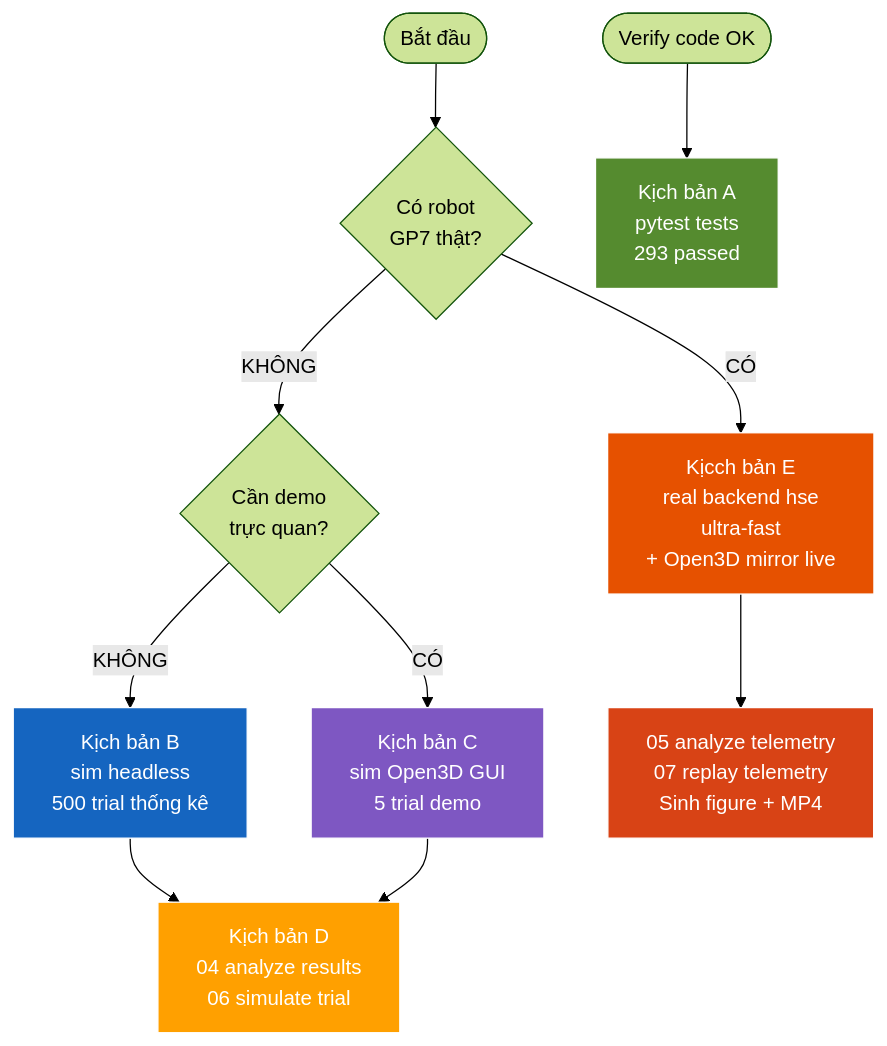
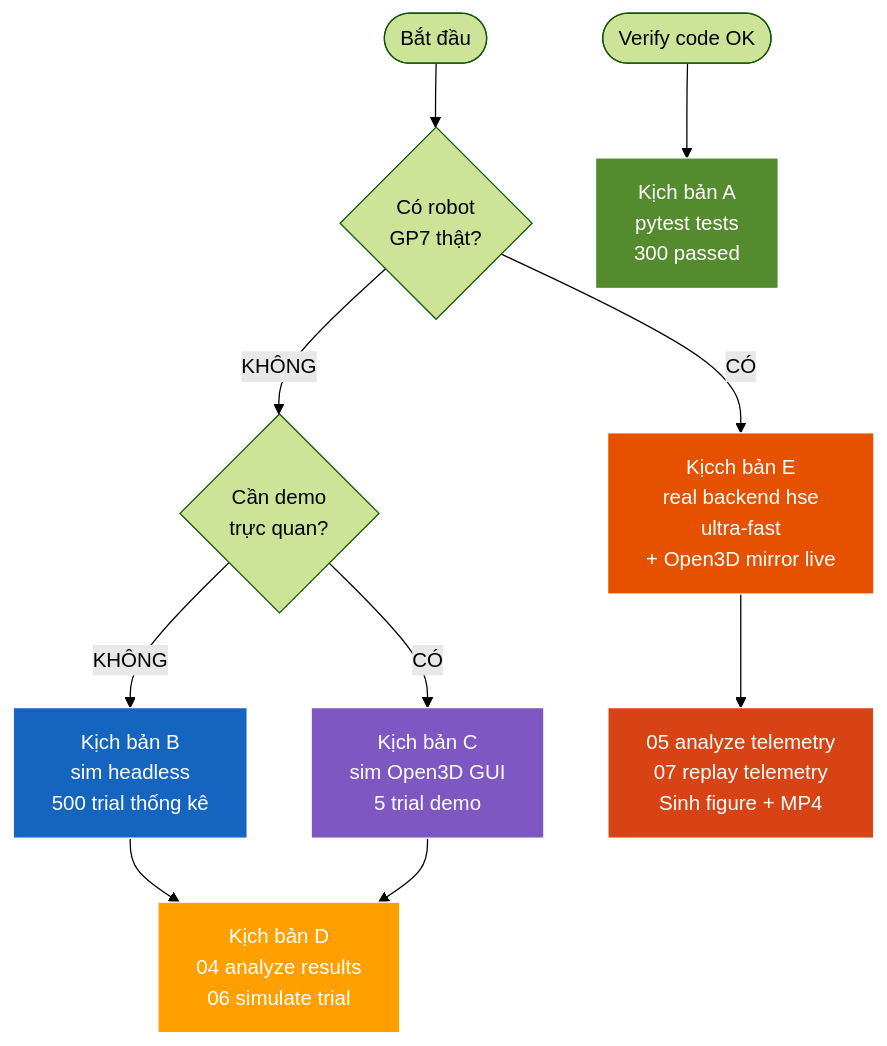
The first of 3 diagrams in docs/HUONG_DAN_SU_DUNG.md (manhhv87/DTwinGP7), drawn with Mermaid (forest theme) before and after one commit. The commit also changed other lines of this file and 45 other files, not shown here.

````diff
--- a/docs/HUONG_DAN_SU_DUNG.md
+++ b/docs/HUONG_DAN_SU_DUNG.md
@@ -67,19 +69,19 @@
 ```mermaid
 flowchart TB
     START([Bắt đầu]) --> Q1{Có robot<br/>GP7 thật?}
     Q1 -->|KHÔNG| Q2{Cần demo<br/>trực quan?}
     Q1 -->|CÓ| E[Kịcch bản E<br/>real backend hse<br/>ultra-fast<br/>+ Open3D mirror live]
     Q2 -->|KHÔNG| B[Kịch bản B<br/>sim headless<br/>500 trial thống kê]
     Q2 -->|CÓ| C[Kịch bản C<br/>sim Open3D GUI<br/>5 trial demo]
     B --> D[Kịch bản D<br/>04 analyze results<br/>06 simulate trial]
     C --> D
     E --> F[05 analyze telemetry<br/>07 replay telemetry<br/>Sinh figure + MP4]
-    A_TEST([Verify code OK]) --> A[Kịch bản A<br/>pytest tests<br/>293 passed]
+    A_TEST([Verify code OK]) --> A[Kịch bản A<br/>pytest tests<br/>300 passed]
 
     style A fill:#558B2F,stroke:#fff,color:#fff
     style B fill:#1565C0,stroke:#fff,color:#fff
     style C fill:#7E57C2,stroke:#fff,color:#fff
     style D fill:#FFA000,stroke:#fff,color:#fff
     style E fill:#E65100,stroke:#fff,color:#fff
     style F fill:#D84315,stroke:#fff,color:#fff
 ```
````
